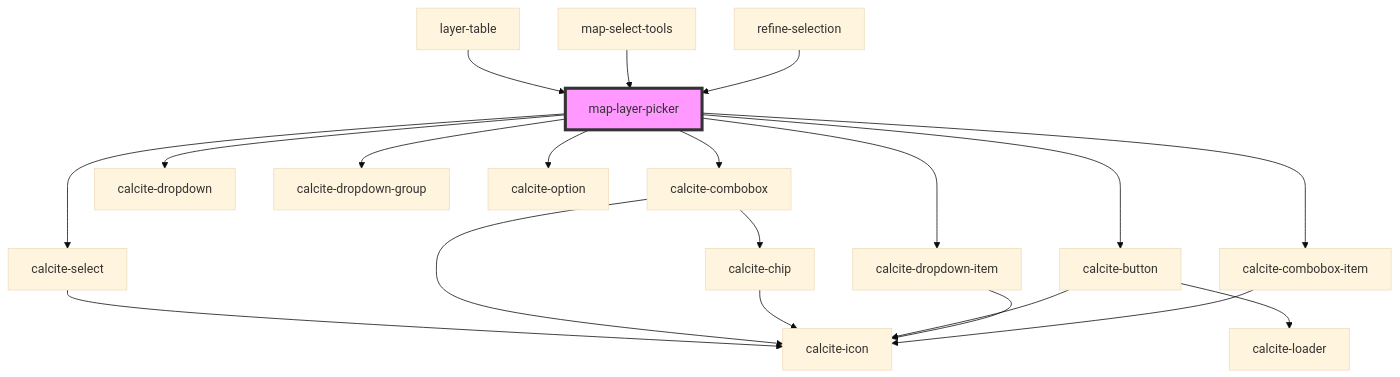
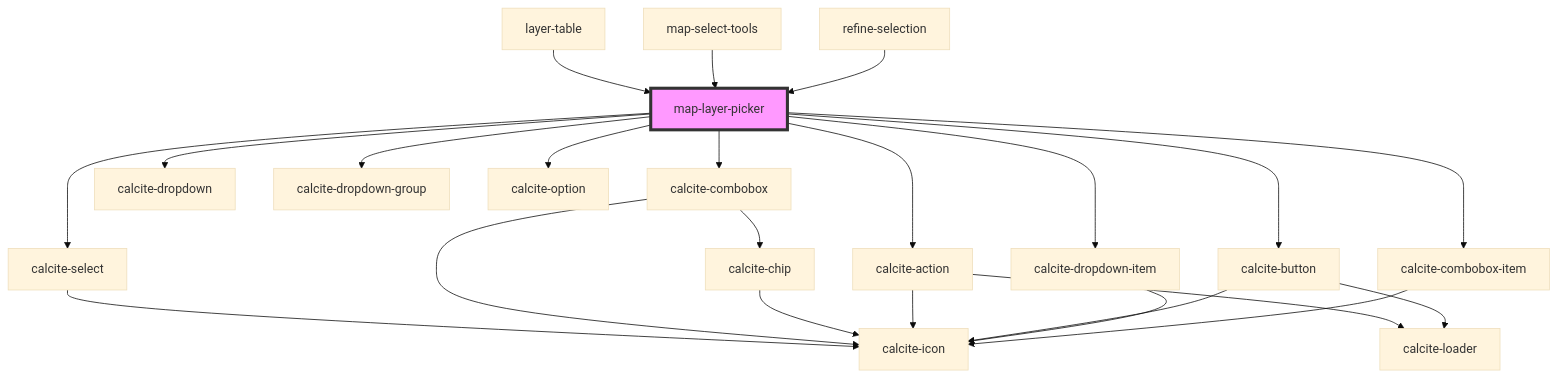
One commit to Esri/solutions-components changed the diagram in src/components/map-layer-picker/readme.md. Above: the diagram before and after it, drawn with Mermaid (base theme). The commit also changed other lines of this file and 20 other files, not shown here.

````diff
--- a/src/components/map-layer-picker/readme.md
+++ b/src/components/map-layer-picker/readme.md
@@ -48,23 +49,26 @@
 ```mermaid
 graph TD;
   map-layer-picker --> calcite-select
   map-layer-picker --> calcite-combobox
   map-layer-picker --> calcite-dropdown
+  map-layer-picker --> calcite-action
   map-layer-picker --> calcite-button
   map-layer-picker --> calcite-dropdown-group
   map-layer-picker --> calcite-dropdown-item
   map-layer-picker --> calcite-option
   map-layer-picker --> calcite-combobox-item
   calcite-select --> calcite-icon
   calcite-combobox --> calcite-chip
   calcite-combobox --> calcite-icon
   calcite-chip --> calcite-icon
+  calcite-action --> calcite-loader
+  calcite-action --> calcite-icon
   calcite-button --> calcite-loader
   calcite-button --> calcite-icon
   calcite-dropdown-item --> calcite-icon
   calcite-combobox-item --> calcite-icon
   layer-table --> map-layer-picker
   map-select-tools --> map-layer-picker
   refine-selection --> map-layer-picker
   style map-layer-picker fill:#f9f,stroke:#333,stroke-width:4px
 ```
````
